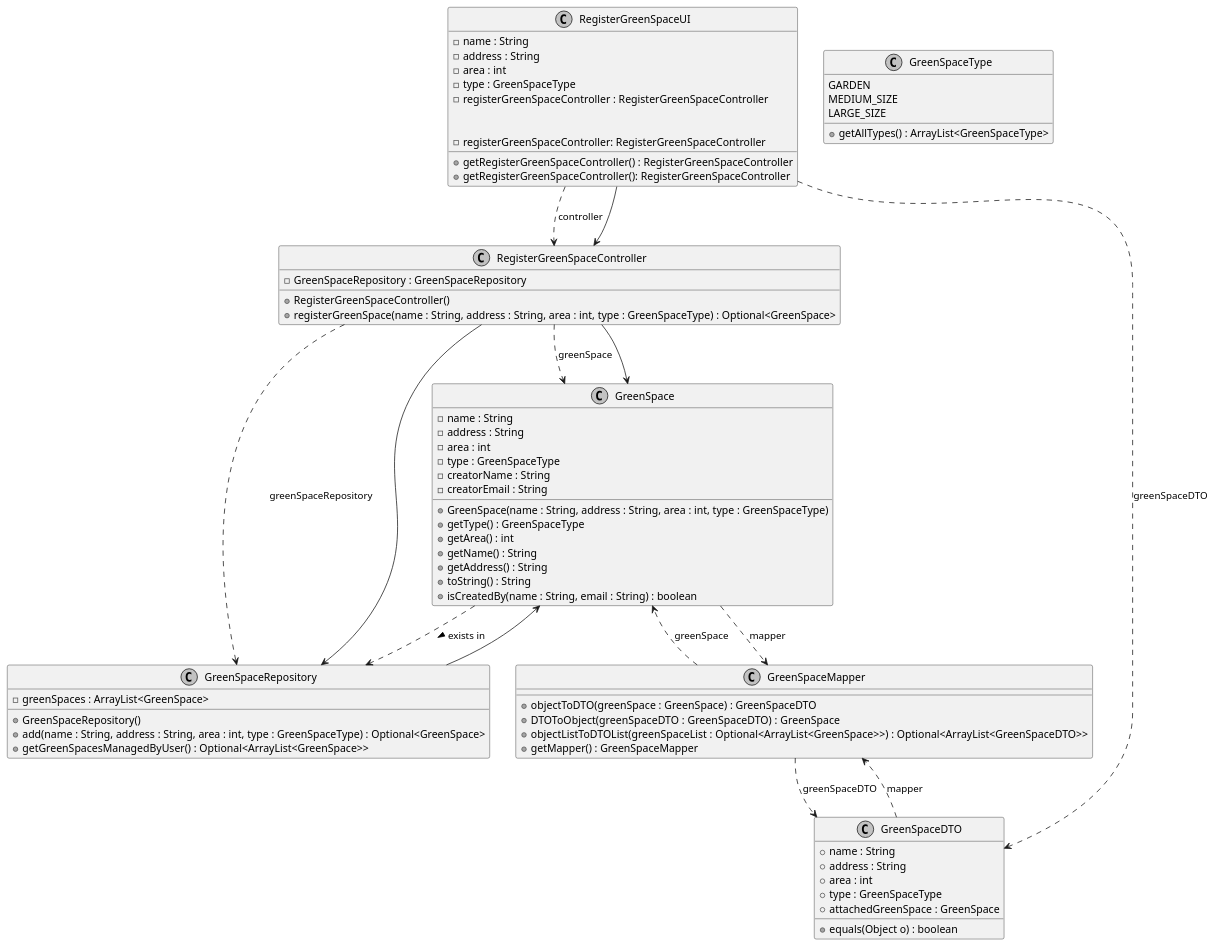
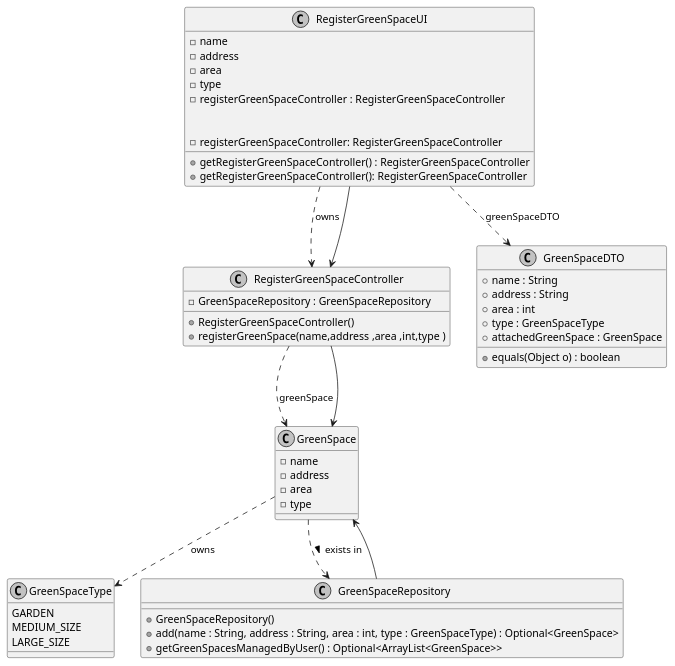
Before and after one commit to Departamento-de-Engenharia-Informatica/lei-24-s2-1dkl-g134: the diagram in docs/sprintC/us020/03.design/puml/us020-class-diagram.puml, drawn with PlantUML.

Commit message:
Class Diagram US020 Second Update

```diff
--- a/docs/sprintC/us020/03.design/puml/us020-class-diagram.puml
+++ b/docs/sprintC/us020/03.design/puml/us020-class-diagram.puml
@@ -1,96 +1,78 @@
 @startuml
 skinparam monochrome true
 skinparam packageStyle rectangle
 skinparam shadowing false
 skinparam linetype polyline
 skinparam linetype orto
 
 
 
 class "GreenSpace" {
-    -name : String
-    -address : String
-    -area : int
-    -type : GreenSpaceType
-    -creatorName : String
-    -creatorEmail : String
-    +GreenSpace(name : String, address : String, area : int, type : GreenSpaceType)
-    +getType() : GreenSpaceType
-    +getArea() : int
-    +getName() : String
-    +getAddress() : String
-    +toString() : String
-    +isCreatedBy(name : String, email : String) : boolean
+    -name
+    -address
+    -area
+    -type
+
 }
 
 class "GreenSpaceType" {
     GARDEN
     MEDIUM_SIZE
     LARGE_SIZE
-    +getAllTypes() : ArrayList<GreenSpaceType>
 }
 
 class "RegisterGreenSpaceController" {
     -GreenSpaceRepository : GreenSpaceRepository
     +RegisterGreenSpaceController()
-    +registerGreenSpace(name : String, address : String, area : int, type : GreenSpaceType) : Optional<GreenSpace>
+    +registerGreenSpace(name,address ,area ,int,type )
 }
 
 class "GreenSpaceRepository" {
-    -greenSpaces : ArrayList<GreenSpace>
+
     +GreenSpaceRepository()
     +add(name : String, address : String, area : int, type : GreenSpaceType) : Optional<GreenSpace>
     +getGreenSpacesManagedByUser() : Optional<ArrayList<GreenSpace>>
 }
 
 class "GreenSpaceDTO" {
     +name : String
     +address : String
     +area : int
     +type : GreenSpaceType
     +attachedGreenSpace : GreenSpace
     +equals(Object o) : boolean
 }
 
-class "GreenSpaceMapper" {
-    +objectToDTO(greenSpace : GreenSpace) : GreenSpaceDTO
-    +DTOToObject(greenSpaceDTO : GreenSpaceDTO) : GreenSpace
-    +objectListToDTOList(greenSpaceList : Optional<ArrayList<GreenSpace>>) : Optional<ArrayList<GreenSpaceDTO>>
-    +getMapper() : GreenSpaceMapper
-}
+
 
 class "RegisterGreenSpaceUI" {
-    -name : String
-    -address : String
-    -area : int
-    -type : GreenSpaceType
+    -name
+    -address
+    -area
+    -type
     -registerGreenSpaceController : RegisterGreenSpaceController
     +getRegisterGreenSpaceController() : RegisterGreenSpaceController
 
 }
-
-RegisterGreenSpaceController ..> GreenSpaceRepository : greenSpaceRepository
-RegisterGreenSpaceController ..> GreenSpace : greenSpace
-GreenSpace ..> GreenSpaceRepository : exists in >
-RegisterGreenSpaceUI ..> RegisterGreenSpaceController : controller
-RegisterGreenSpaceUI ..> GreenSpaceDTO : greenSpaceDTO
-GreenSpaceMapper ..> GreenSpaceDTO : greenSpaceDTO
-GreenSpaceDTO ..> GreenSpaceMapper : mapper
-GreenSpaceMapper ..> GreenSpace : greenSpace
-GreenSpace ..> GreenSpaceMapper : mapper
 
 
 
 class RegisterGreenSpaceUI {
 
     - registerGreenSpaceController: RegisterGreenSpaceController
 
     + getRegisterGreenSpaceController(): RegisterGreenSpaceController
 
 }
 
-RegisterGreenSpaceController --> GreenSpaceRepository
+
+RegisterGreenSpaceController ..> GreenSpace : greenSpace
+GreenSpace ..> GreenSpaceRepository : exists in >
+RegisterGreenSpaceUI ..> RegisterGreenSpaceController : owns
+RegisterGreenSpaceUI ..> GreenSpaceDTO : greenSpaceDTO
+GreenSpace ..> GreenSpaceType : owns
 RegisterGreenSpaceController --> GreenSpace
 GreenSpaceRepository --> GreenSpace
 RegisterGreenSpaceUI --> RegisterGreenSpaceController
+
 @enduml
```
